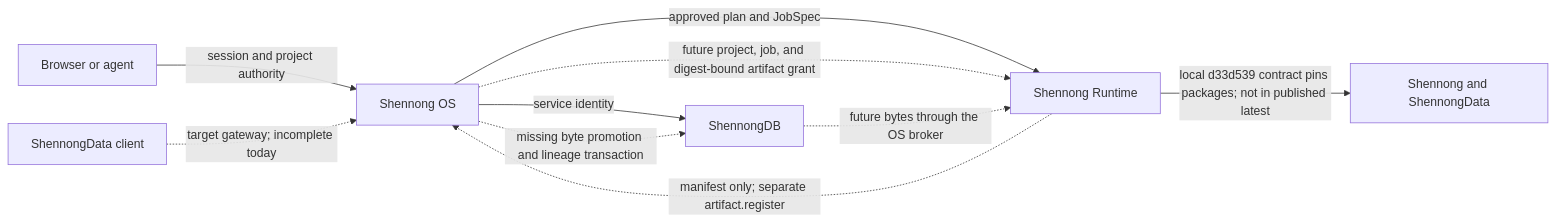
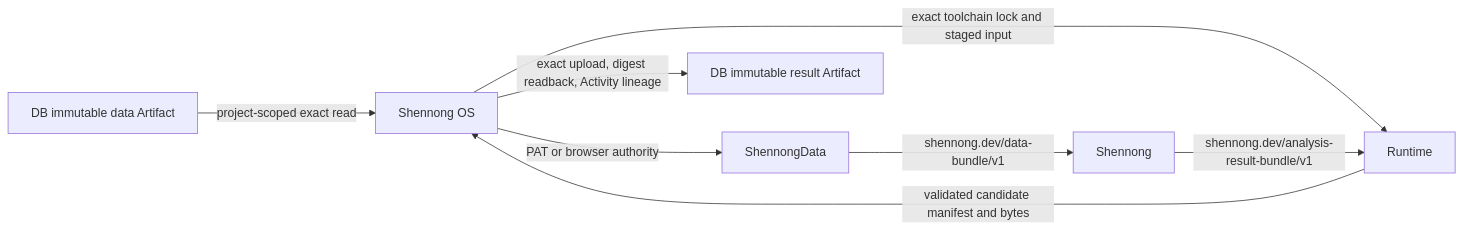
The diagram in docs/codex/Ecosystem.md (zerostwo/shennong), drawn with Mermaid before and after one commit. The commit also changed other lines of this file and 5 other files, not shown here.

````diff
--- a/docs/codex/Ecosystem.md
+++ b/docs/codex/Ecosystem.md
@@ -90,12 +26,10 @@
 ```mermaid
 flowchart LR
-    U[Browser or agent] -->|session and project authority| OS[Shennong OS]
-    C[ShennongData client] -.->|target gateway; incomplete today| OS
-    OS -->|service identity| DB[ShennongDB]
-    OS -->|approved plan and JobSpec| RT[Shennong Runtime]
-    RT -->|local d33d539 contract pins packages; not in published latest| R[Shennong and ShennongData]
-    OS -.->|future project, job, and digest-bound artifact grant| RT
-    DB -.->|future bytes through the OS broker| RT
-    RT -.->|manifest only; separate artifact.register| OS
-    OS -.->|missing byte promotion and lineage transaction| DB
+    DBI[DB immutable data Artifact] -->|project-scoped exact read| OS[Shennong OS]
+    OS -->|PAT or browser authority| DATA[ShennongData]
+    DATA -->|shennong.dev/data-bundle/v1| CORE[Shennong]
+    OS -->|exact toolchain lock and staged input| RT[Runtime]
+    CORE -->|shennong.dev/analysis-result-bundle/v1| RT
+    RT -->|validated candidate manifest and bytes| OS
+    OS -->|exact upload, digest readback, Activity lineage| DBO[DB immutable result Artifact]
 ```
````
